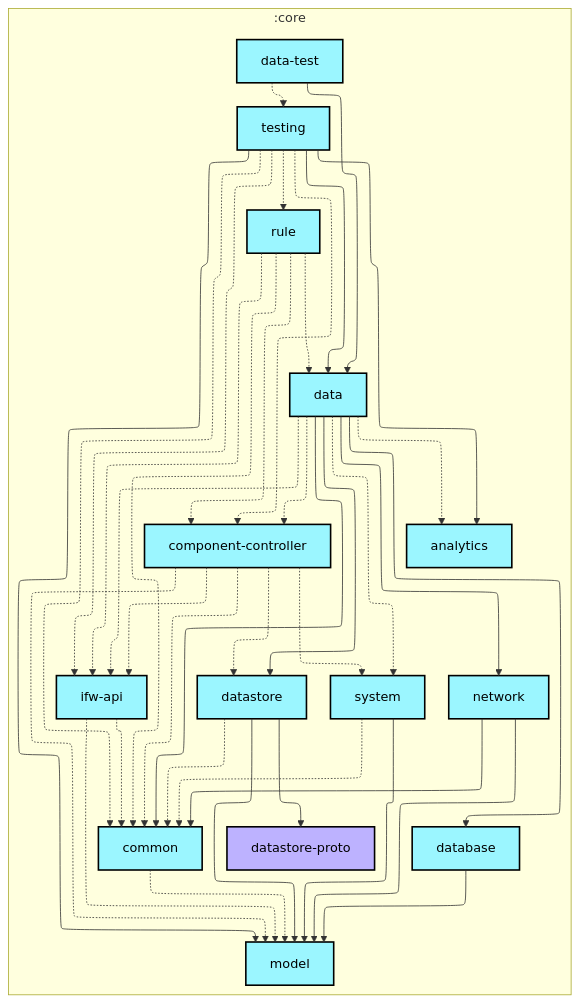
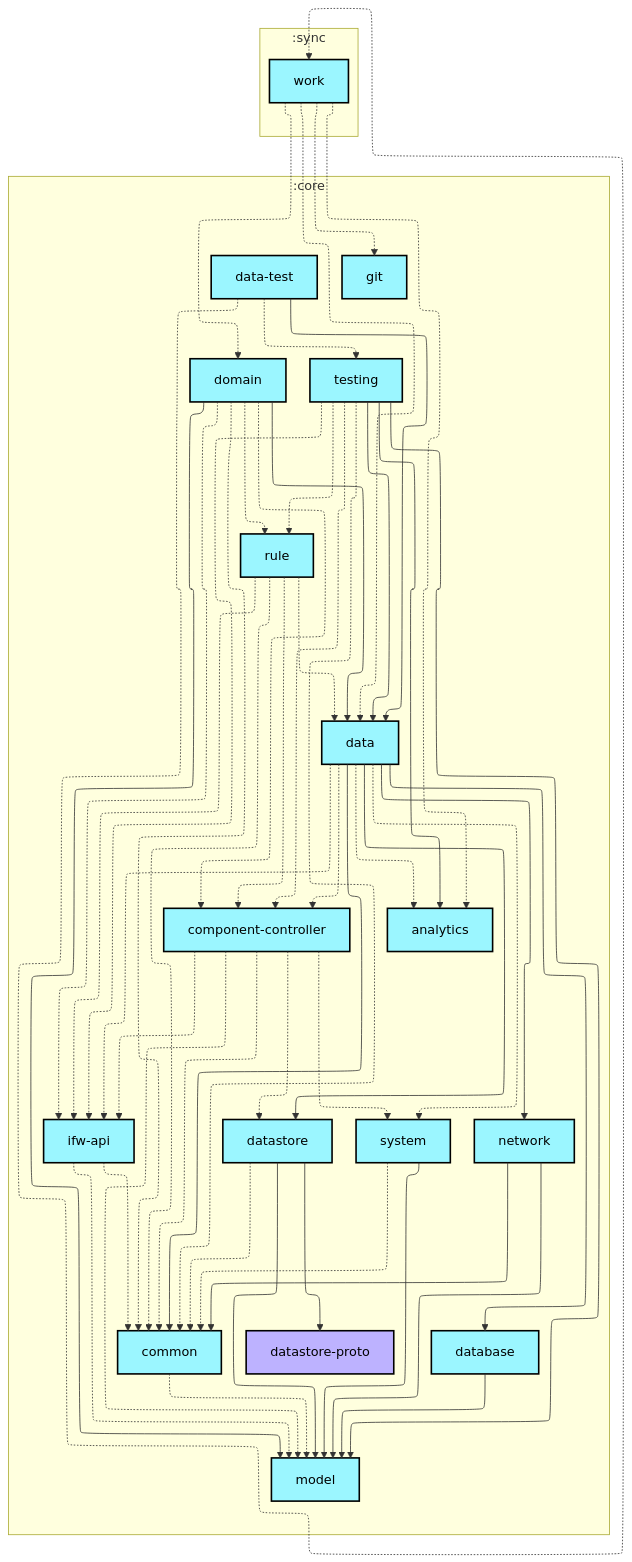
Before and after one commit to lihenggui/blocker: the first of 2 diagrams in core/data-test/README.md, drawn with Mermaid.

Commit message:
🤖 Updates graphs

```diff
--- a/core/data-test/README.md
+++ b/core/data-test/README.md
@@ -11,6 +11,10 @@
     nodePlacementStrategy: SIMPLE
 ---
 graph TB
+  subgraph :sync
+    direction TB
+    :sync:work[work]:::android-library
+  end
   subgraph :core
     direction TB
     :core:analytics[analytics]:::android-library
@@ -21,6 +25,8 @@
     :core:database[database]:::android-library
     :core:datastore[datastore]:::android-library
     :core:datastore-proto[datastore-proto]:::jvm-library
+    :core:domain[domain]:::android-library
+    :core:git[git]:::android-library
     :core:ifw-api[ifw-api]:::android-library
     :core:model[model]:::android-library
     :core:network[network]:::android-library
@@ -45,10 +51,17 @@
   :core:data -.-> :core:system
   :core:data-test --> :core:data
   :core:data-test -.-> :core:testing
+  :core:data-test -.-> :sync:work
   :core:database --> :core:model
   :core:datastore -.-> :core:common
   :core:datastore --> :core:datastore-proto
   :core:datastore --> :core:model
+  :core:domain -.-> :core:common
+  :core:domain -.-> :core:component-controller
+  :core:domain --> :core:data
+  :core:domain -.-> :core:ifw-api
+  :core:domain --> :core:model
+  :core:domain -.-> :core:rule
   :core:ifw-api -.-> :core:common
   :core:ifw-api -.-> :core:model
   :core:network --> :core:common
@@ -66,6 +79,10 @@
   :core:testing -.-> :core:ifw-api
   :core:testing --> :core:model
   :core:testing -.-> :core:rule
+  :sync:work -.-> :core:analytics
+  :sync:work -.-> :core:data
+  :sync:work -.-> :core:domain
+  :sync:work -.-> :core:git
 
 classDef android-application fill:#CAFFBF,stroke:#000,stroke-width:2px,color:#000;
 classDef android-feature fill:#FFD6A5,stroke:#000,stroke-width:2px,color:#000;
```
